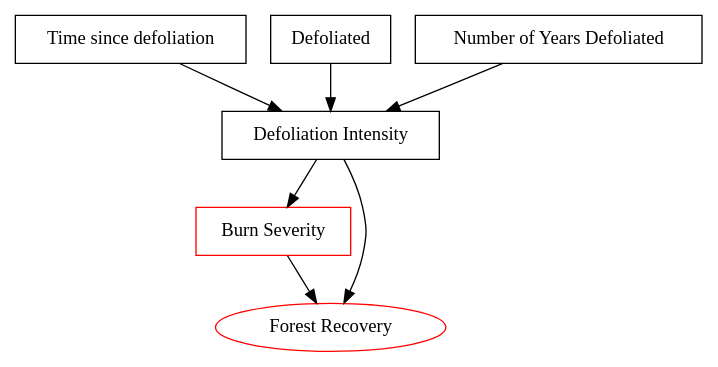
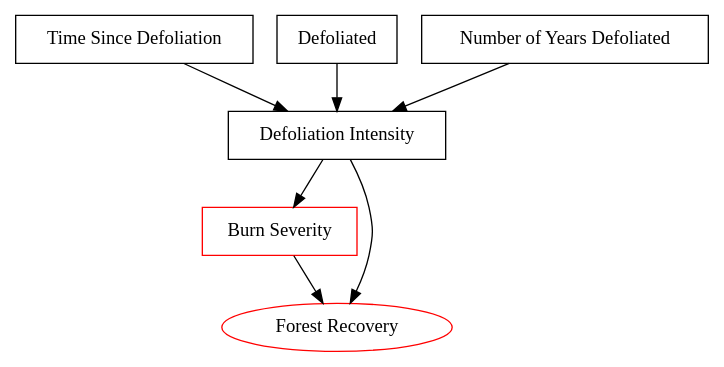
Before and after one commit to jackagoldman/sbw-fire: the diagram in Figures/chapter3-step1-dag.gv, drawn with Graphviz. The commit also changed 1 other file, not shown here.

```diff
--- a/Figures/chapter3-step1-dag.gv
+++ b/Figures/chapter3-step1-dag.gv
@@ -1,15 +1,15 @@
 // step 1 dag
 digraph "chapter3-step1-dag" {
-	T [label="Time since defoliation" shape=rect]
+	T [label="Time Since Defoliation" shape=rect]
 	D [label=Defoliated shape=rect]
 	Y [label="Number of Years Defoliated" shape=rect]
 	C [label="Defoliation Intensity" shape=rect]
 	B [label="Burn Severity" color=red shape=rect]
 	R [label="Forest Recovery" color=red shape=ellipse]
 	T -> C
 	D -> C
 	Y -> C
 	C -> B
 	B -> R
 	C -> R
 }
```
